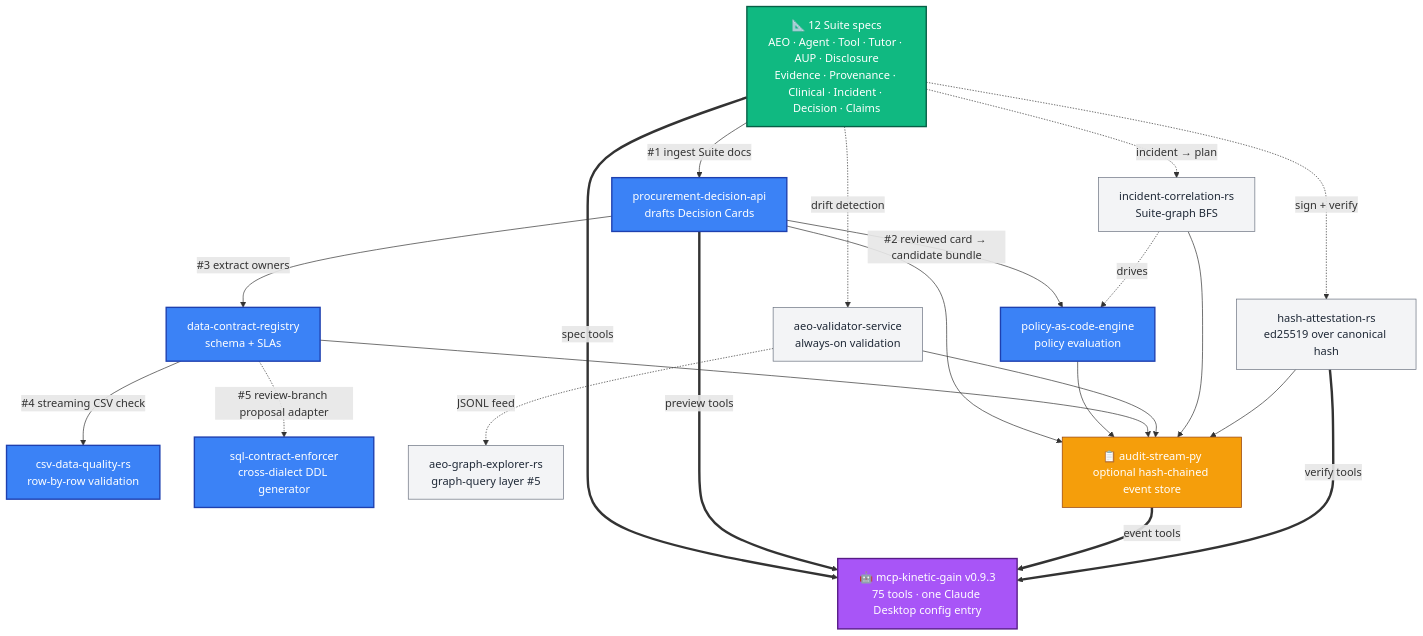
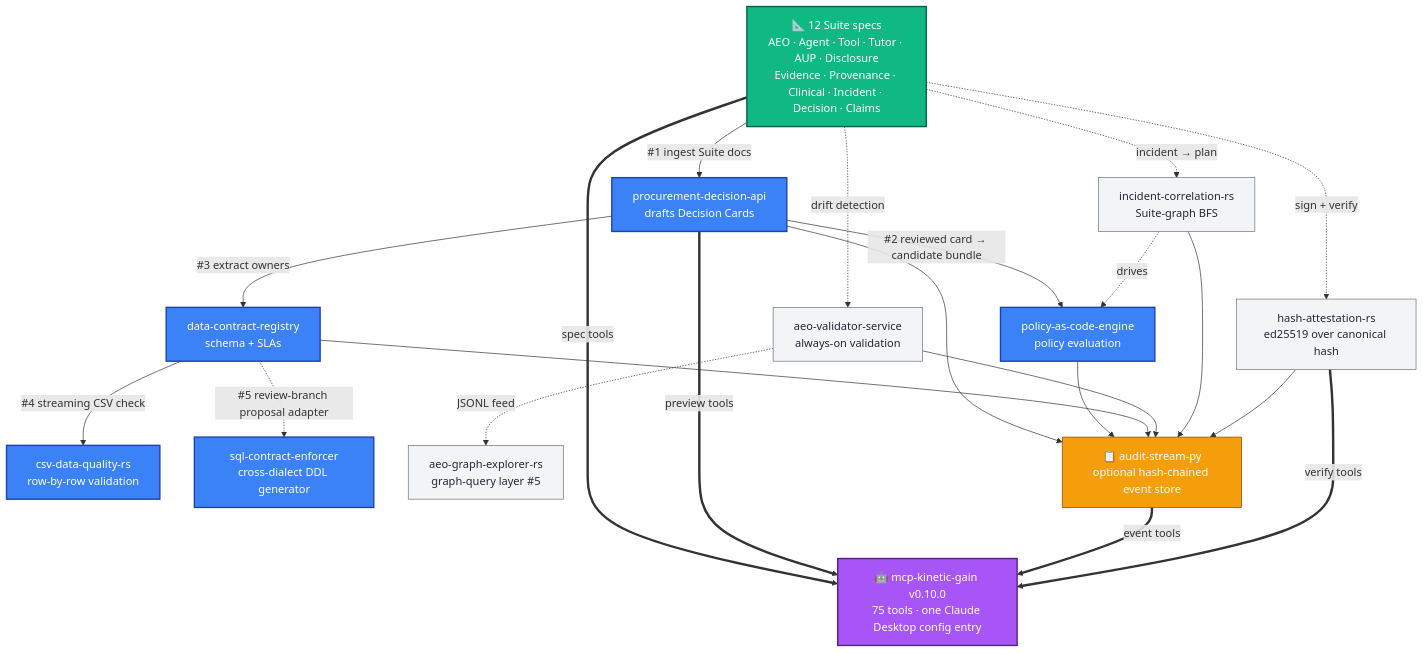
The first of 2 diagrams in README.md (mizcausevic-dev/kinetic-gain-protocol-suite), drawn with Mermaid before and after one commit. The commit also changed other lines of this file and 2 other files, not shown here.

````diff
--- a/README.md
+++ b/README.md
@@ -132,36 +132,36 @@
 ```mermaid
 flowchart TB
     classDef spec fill:#10b981,stroke:#065f46,color:#fff,stroke-width:2px
     classDef hook fill:#3b82f6,stroke:#1e40af,color:#fff,stroke-width:2px
     classDef sup fill:#f3f4f6,stroke:#6b7280,color:#1f2937
     classDef stream fill:#f59e0b,stroke:#92400e,color:#fff
     classDef mcp fill:#a855f7,stroke:#581c87,color:#fff,stroke-width:2px
 
     SPECS["📐 12 Suite specs<br/>AEO · Agent · Tool · Tutor · AUP · Disclosure<br/>Evidence · Provenance · Clinical · Incident · Decision · Claims"]:::spec
 
     SPECS -->|"#1 ingest Suite docs"| PDA["procurement-decision-api<br/>drafts Decision Cards"]:::hook
     PDA -->|"#2 reviewed card → candidate bundle"| PAC["policy-as-code-engine<br/>policy evaluation"]:::hook
     PDA -->|"#3 extract owners"| DCR["data-contract-registry<br/>schema + SLAs"]:::hook
     DCR -->|"#4 streaming CSV check"| CDQ["csv-data-quality-rs<br/>row-by-row validation"]:::hook
     DCR -.->|"#5 review-branch proposal adapter"| SCE["sql-contract-enforcer<br/>cross-dialect DDL generator"]:::hook
 
     SPECS -.->|sign + verify| HA["hash-attestation-rs<br/>ed25519 over canonical hash"]:::sup
     SPECS -.->|drift detection| AVS["aeo-validator-service<br/>always-on validation"]:::sup
     AVS -.->|JSONL feed| AGE["aeo-graph-explorer-rs<br/>graph-query layer #5"]:::sup
     SPECS -.->|incident → plan| ICR["incident-correlation-rs<br/>Suite-graph BFS"]:::sup
     ICR -.->|drives| PAC
 
     PDA --> AS
     PAC --> AS
     DCR --> AS
     AVS --> AS
     ICR --> AS
     HA --> AS
     AS["📋 audit-stream-py<br/>optional hash-chained event store"]:::stream
 
     SPECS ==>|spec tools| MCP
     PDA ==>|preview tools| MCP
     AS ==>|event tools| MCP
     HA ==>|verify tools| MCP
-    MCP["🤖 mcp-kinetic-gain v0.9.3<br/>75 tools · one Claude Desktop config entry"]:::mcp
+    MCP["🤖 mcp-kinetic-gain v0.10.0<br/>75 tools · one Claude Desktop config entry"]:::mcp
 ```
````
